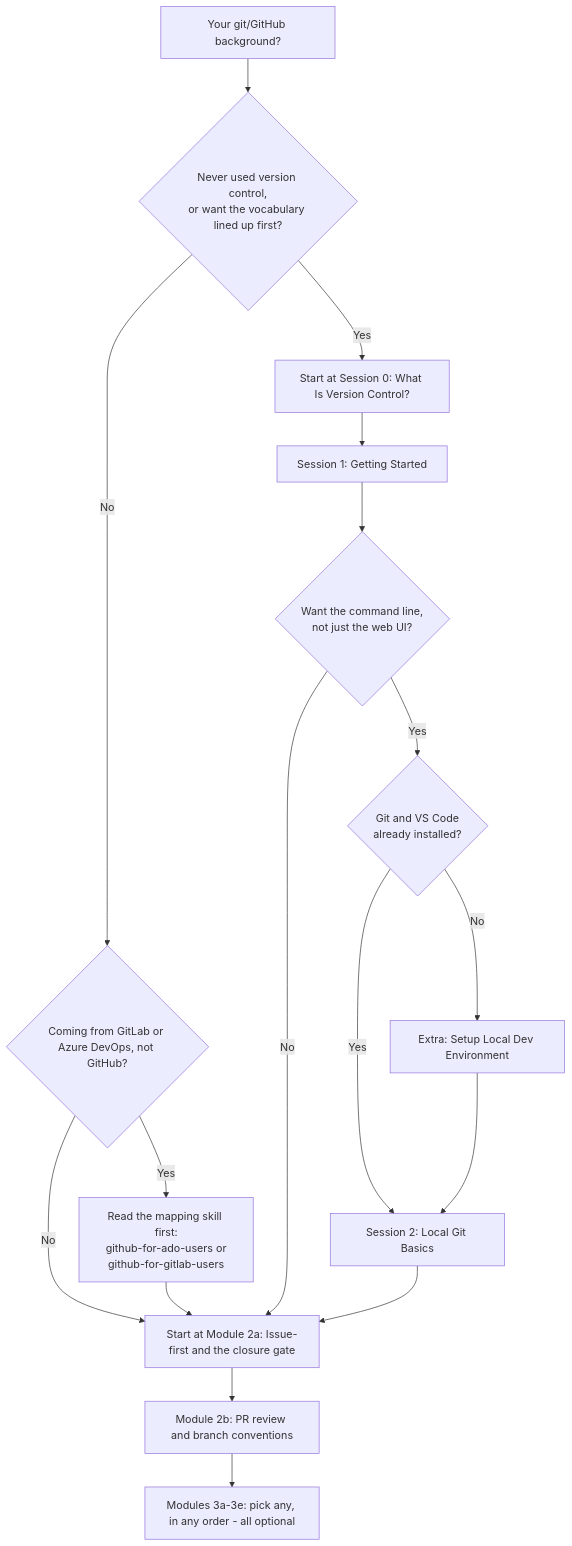
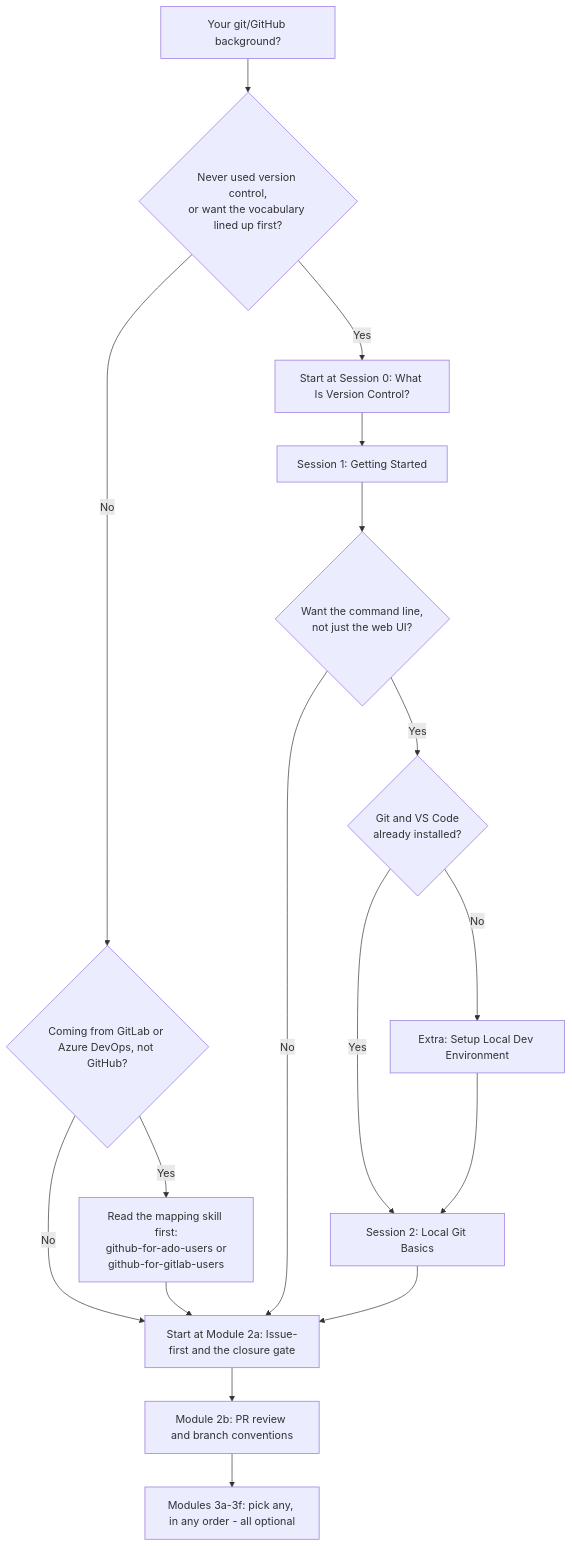
One commit to JeanKadang/DOC-GitHub-Practice-Skills changed the first of 2 diagrams in education/README.md. Above: the diagram before and after it, drawn with Mermaid. The commit also changed other lines of this file and 3 other files, not shown here.

````diff
--- a/education/README.md
+++ b/education/README.md
@@ -29,19 +29,19 @@
 ```mermaid
 flowchart TD
     Start[Your git/GitHub background?] --> Q1{Never used version control,<br/>or want the vocabulary lined up first?}
     Q1 -- Yes --> S0[Start at Session 0: What Is Version Control?]
     Q1 -- No --> Q2{Coming from GitLab or Azure DevOps, not GitHub?}
     Q2 -- Yes --> Pre[Read the mapping skill first:<br/>github-for-ado-users or<br/>github-for-gitlab-users]
     Q2 -- No --> M2a[Start at Module 2a: Issue-first and the closure gate]
     Pre --> M2a
     S0 --> S1[Session 1: Getting Started]
     S1 --> Q3{Want the command line,<br/>not just the web UI?}
     Q3 -- Yes --> Q4{Git and VS Code<br/>already installed?}
     Q3 -- No --> M2a
     Q4 -- No --> Extra[Extra: Setup Local Dev Environment]
     Q4 -- Yes --> S2[Session 2: Local Git Basics]
     Extra --> S2
     S2 --> M2a
     M2a --> M2b[Module 2b: PR review and branch conventions]
-    M2b --> M3[Modules 3a-3e: pick any, in any order - all optional]
+    M2b --> M3[Modules 3a-3f: pick any, in any order - all optional]
 ```
````
